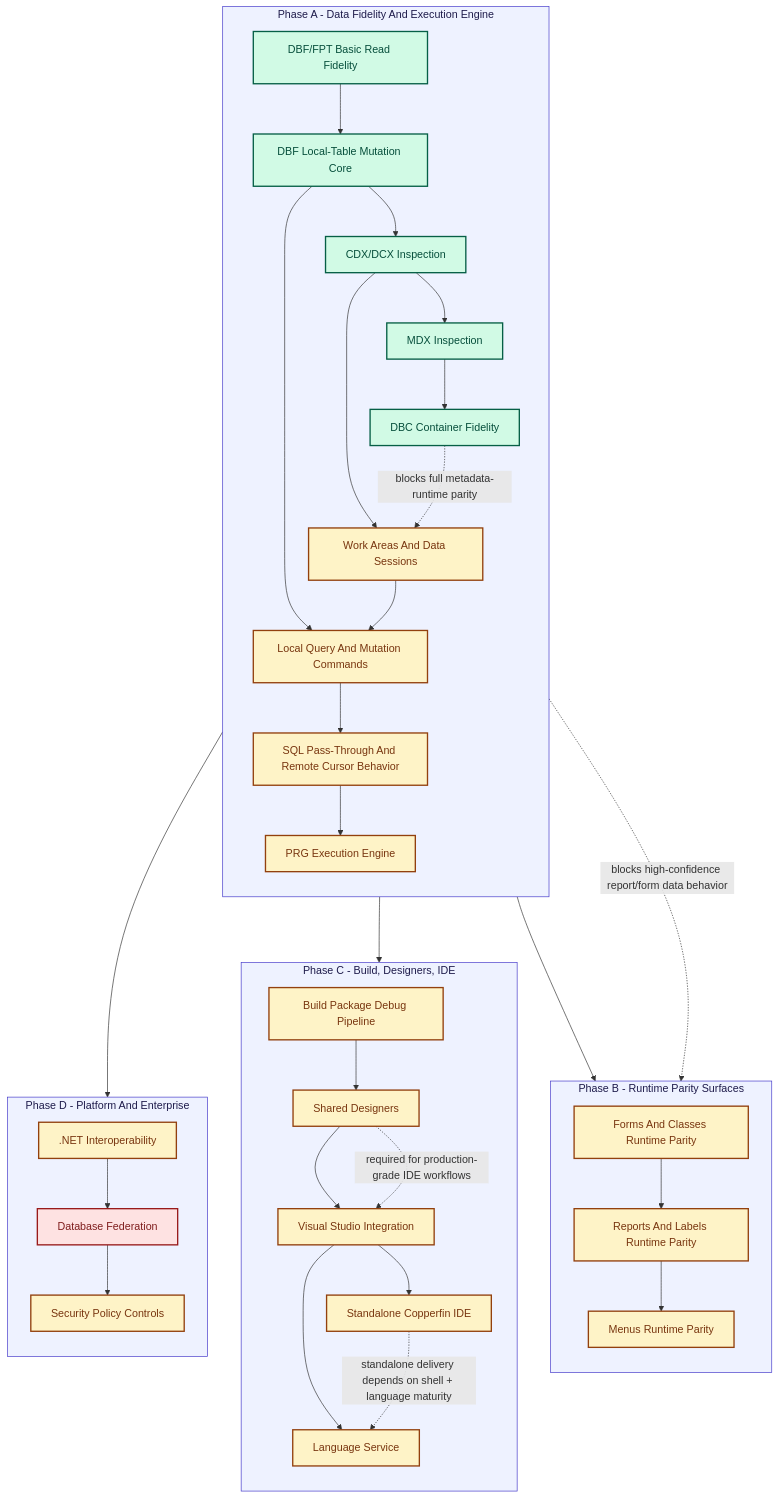
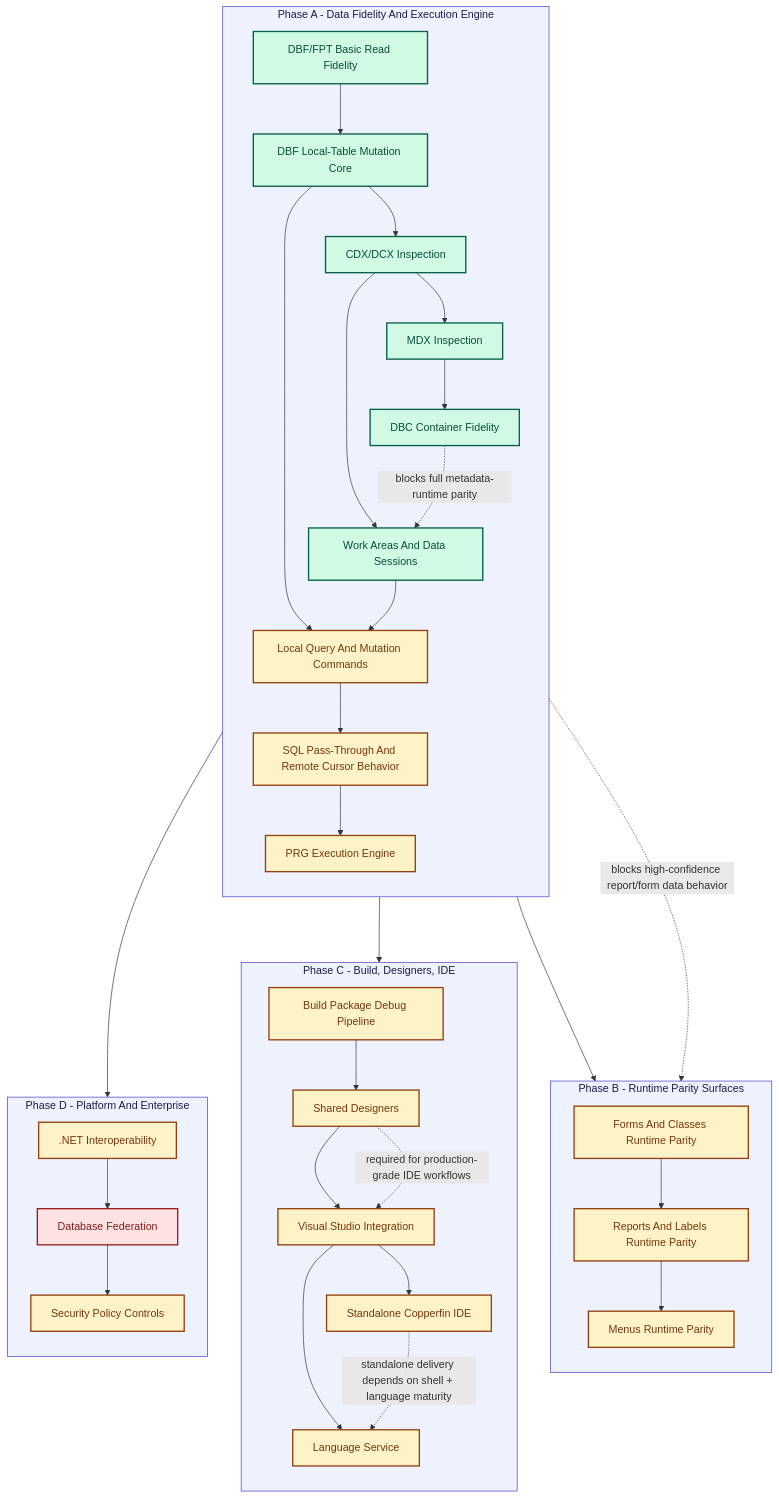
One commit to rhamenator/Project-Copperfin changed the diagram in remaining-work.md. Above: the diagram before and after it, drawn with Mermaid. The commit also changed other lines of this file and 2 other files, not shown here.

Commit message:
Add tests for cross-session alias and work area isolation in PRG engine

````diff
--- a/remaining-work.md
+++ b/remaining-work.md
@@ -53,66 +53,68 @@
 ```mermaid
 flowchart TD
 	classDef done fill:#d1fae5,stroke:#065f46,stroke-width:2px,color:#064e3b;
 	classDef partial fill:#fef3c7,stroke:#92400e,stroke-width:2px,color:#78350f;
 	classDef missing fill:#fee2e2,stroke:#991b1b,stroke-width:2px,color:#7f1d1d;
 	classDef lane fill:#eef2ff,stroke:#4338ca,stroke-width:1px,color:#1e1b4b;
 
 	subgraph P1[Phase A - Data Fidelity And Execution Engine]
 		direction TB
 		A1[DBF/FPT Basic Read Fidelity]
 		A2[DBF Local-Table Mutation Core]
 		A3[CDX/DCX Inspection]
 		A4[MDX Inspection]
 		A5[DBC Container Fidelity]
 		B1[Work Areas And Data Sessions]
 		B2[Local Query And Mutation Commands]
 		B3[SQL Pass-Through And Remote Cursor Behavior]
 		B4[PRG Execution Engine]
 	end
 
 	subgraph P2[Phase B - Runtime Parity Surfaces]
 		direction TB
 		C1[Forms And Classes Runtime Parity]
 		C2[Reports And Labels Runtime Parity]
 		C3[Menus Runtime Parity]
 	end
 
 	subgraph P3[Phase C - Build, Designers, IDE]
 		direction TB
 		D1[Build Package Debug Pipeline]
 		D2[Shared Designers]
 		D3[Visual Studio Integration]
 		D4[Standalone Copperfin IDE]
 		D5[Language Service]
 	end
 
 	subgraph P4[Phase D - Platform And Enterprise]
 		direction TB
 		E1[.NET Interoperability]
 		E2[Database Federation]
 		E3[Security Policy Controls]
 	end
 
 	A1 --> A2 --> A3 --> A4 --> A5
 	A2 --> B2
 	A3 --> B1
 	B1 --> B2 --> B3 --> B4
 
 	B4 --> C1 --> C2 --> C3
 	B4 --> D1 --> D2 --> D3 --> D4
 	D3 --> D5
 	B4 --> E1 --> E2 --> E3
 
 	A5 -. blocks full metadata-runtime parity .-> B1
 	B3 -. blocks high-confidence report/form data behavior .-> C1
 	D2 -. required for production-grade IDE workflows .-> D3
 	D4 -. standalone delivery depends on shell + language maturity .-> D5
 
 	class A1,A2,A3,A4,A5 done;
 
-	class B1,B2,B3,B4,C1,C2,C3,D1,D2,D3,D4,D5,E1,E3 partial;
+	class B1 done;
+
+	class B2,B3,B4,C1,C2,C3,D1,D2,D3,D4,D5,E1,E3 partial;
 
 	class E2 missing;
 
 	class P1,P2,P3,P4 lane;
 ```
````
